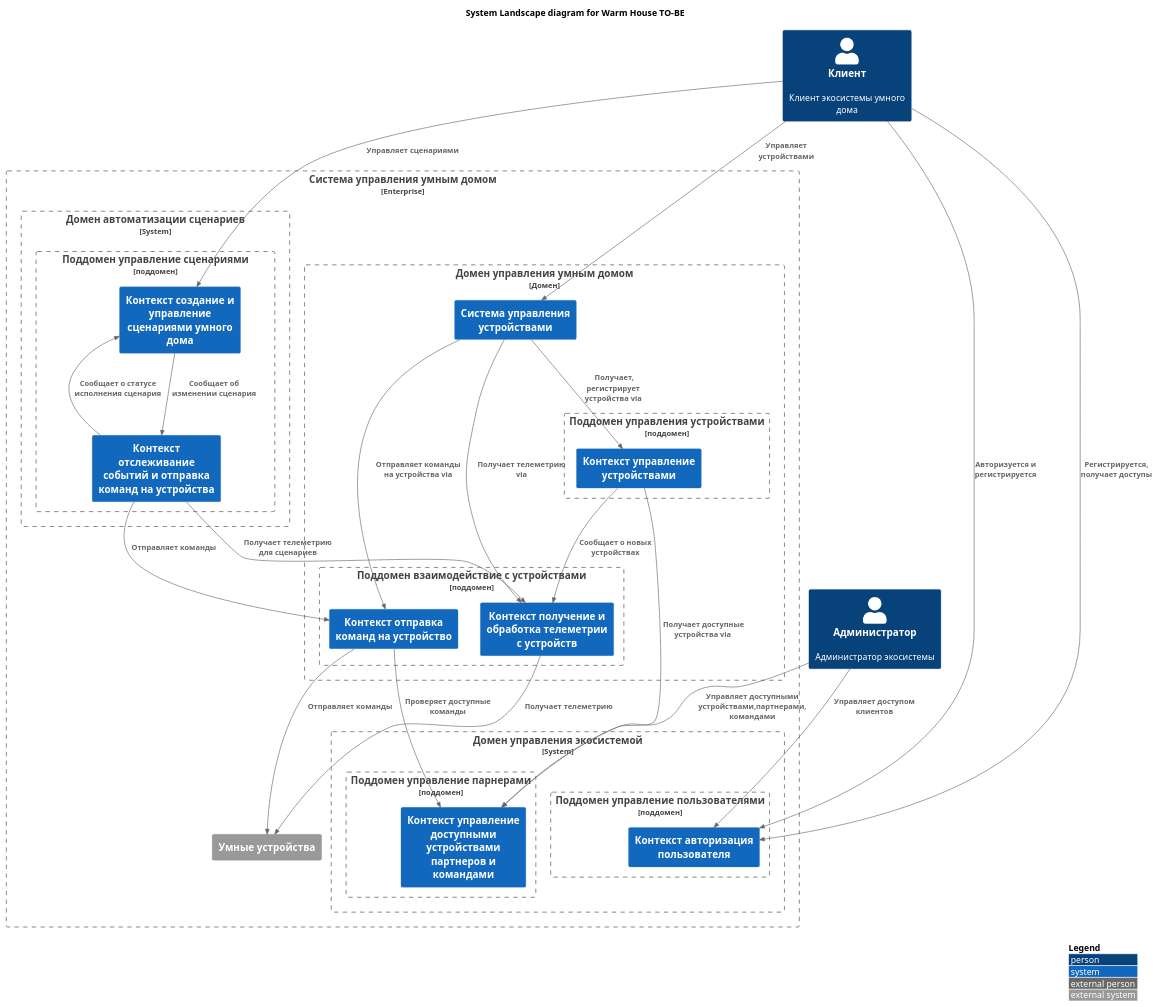
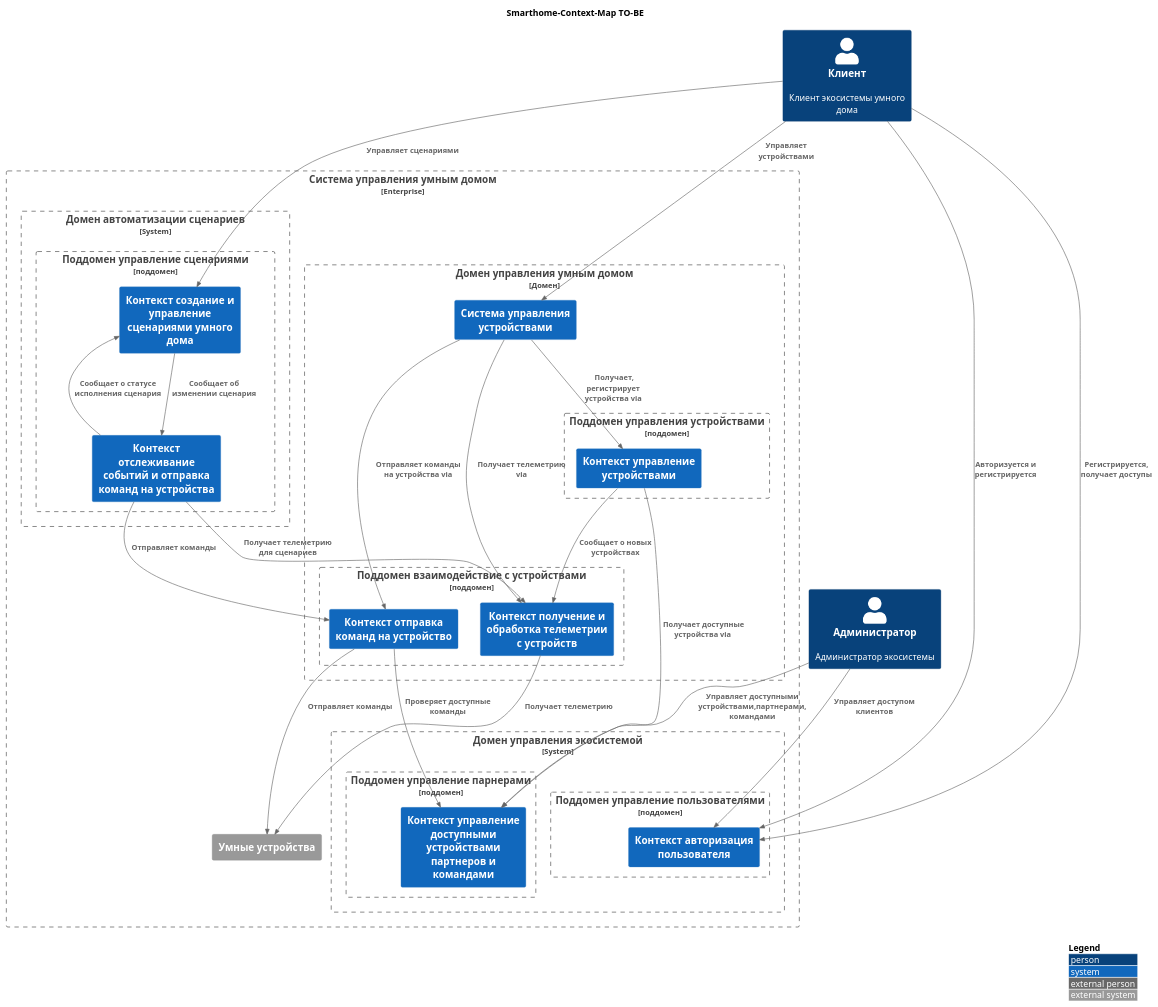
Before and after one commit to annmozer116/warmhouse-golang: the diagram in schemas/context/Smarthome-Context-map.puml, drawn with PlantUML. The commit also changed 1 other file, not shown here.

Commit message:
Fix diagrams

```diff
--- a/schemas/context/Smarthome-Context-map.puml
+++ b/schemas/context/Smarthome-Context-map.puml
@@ -1,74 +1,74 @@
 @startuml Smarthome-Context-Map
 !include https://raw.githubusercontent.com/plantuml-stdlib/C4-PlantUML/master/C4_Context.puml
 ' uncomment the following line and comment the first to use locally
 ' !include C4_Context.puml
 
 LAYOUT_TOP_DOWN()
 ' LAYOUT_AS_SKETCH()
 LAYOUT_WITH_LEGEND()
 
-title System Landscape diagram for Warm House TO-BE
+title Smarthome-Context-Map TO-BE
 
 Person(user, "Клиент", "Клиент экосистемы умного дома")
 Person(admin, "Администратор", "Администратор экосистемы")
 
 Enterprise_Boundary(c0, "Система управления умным домом") {
     Boundary(smart_home_manage_b, $type="Домен", "Домен управления умным домом") {
         System(smart_home_manage, "Система управления устройствами")
         Boundary(sensors_manage_b, $type="поддомен", "Поддомен управления устройствами"){
             System(sensors_manage_с, "Контекст управление устройствами")
         }
         Boundary(sensors_monitoring_b, $type="поддомен", "Поддомен взаимодействие с устройствами"){
             System(sensors_monitoring_c, "Контекст получение и обработка телеметрии с устройств")
             System(sensors_command_с, "Контекст отправка команд на устройство")
         }
     }
     System_Boundary(scenario_b, "Домен автоматизации сценариев") {
         Boundary(scenario_manage_b, $type="поддомен", "Поддомен управление сценариями"){
             System(scenario_manage_c, "Контекст создание и управление сценариями умного дома")
             System(scenario_event_monitoring_c, "Контекст отслеживание событий и отправка команд на устройства")
         }
     }
 
     System_Boundary(system_manage_b, "Домен управления экосистемой") {
         Boundary(partners_manage_b, $type="поддомен", "Поддомен управление парнерами"){
             System(partners_manage_c, "Контекст управление доступными устройствами партнеров и командами ")
         }
         Boundary(user_manage_b, $type="поддомен","Поддомен управление пользователями"){
             System(user_manage_c, "Контекст авторизация пользователя")
         }
 
     }
     System_Ext(sensor, "Умные устройства")
 }
 
 Rel(user,smart_home_manage, "Управляет устройствами")
 Rel(user, user_manage_c, "Авторизуется и регистрируется")
 
 Rel(smart_home_manage, sensors_manage_с, " Получает, регистрирует устройства via")
 Rel(smart_home_manage, sensors_monitoring_c, "Получает телеметрию via")
 Rel(smart_home_manage, sensors_command_с, "Отправляет команды на устройства via")
 
 Rel(sensors_manage_с, partners_manage_c, " Получает доступные устройства via")
 Rel(sensors_manage_с, sensors_monitoring_c, "Сообщает о новых устройствах")
 
 Rel(sensors_monitoring_c, sensor, "Получает телеметрию")
 ' Rel(sensors_monitoring_c, scenario_event_monitoring_c, "Передает телеметрию для сценариев")
 
 Rel(sensors_command_с, sensor, "Отправляет команды")
 Rel(sensors_command_с, partners_manage_c, "Проверяет доступные команды")
 
 Rel(user,scenario_manage_c, "Управляет сценариями")
 ' систем управления сценариями получает статус исполнения сценариев
 
 Rel(scenario_manage_c,scenario_event_monitoring_c, "Сообщает об изменении сценария")
 
 Rel(scenario_event_monitoring_c, sensors_monitoring_c, "Получает телеметрию для сценариев")
 ' или напрямую с датчика? 
 Rel(scenario_event_monitoring_c, sensors_command_с, "Отправляет команды")
 Rel(scenario_event_monitoring_c, scenario_manage_c, "Сообщает о статусе исполнения сценария")
 
 Rel(admin, partners_manage_c, "Управляет доступными устройствами,партнерами, командами")
 Rel(admin, user_manage_c, "Управляет доступом клиентов")
 Rel(user, user_manage_c, "Регистрируется, получает доступы")
 @enduml
```
